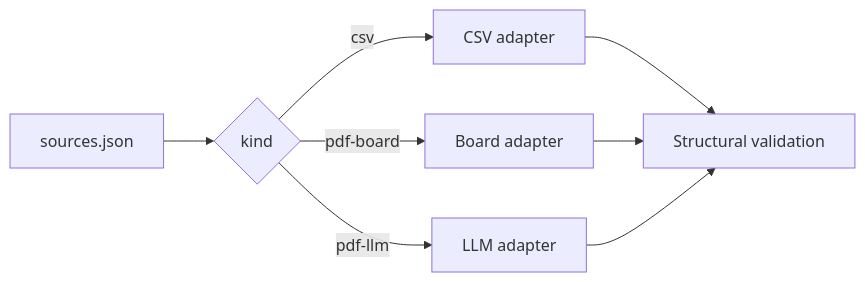
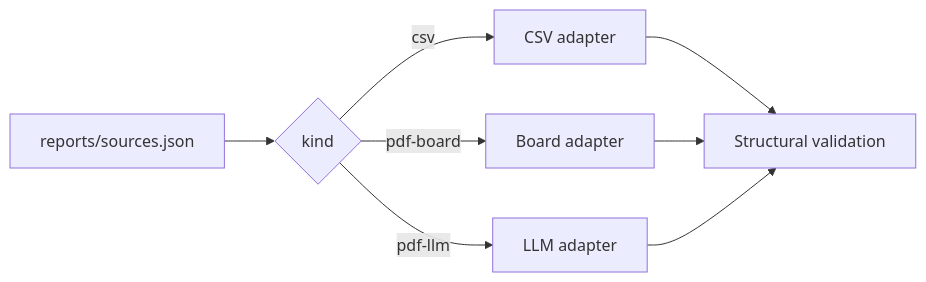
The first of 4 diagrams in wiki/Architecture.md (marcosconci1/question-bank), drawn with Mermaid before and after one commit. The commit also changed other lines of this file and 35 other files, not shown here.

````diff
--- a/wiki/Architecture.md
+++ b/wiki/Architecture.md
@@ -14,11 +14,11 @@
 ```mermaid
 graph LR
-  M[sources.json] --> K{kind}
+  M["reports/sources.json"] --> K{kind}
   K -->|csv| C[CSV adapter]
   K -->|pdf-board| B[Board adapter]
   K -->|pdf-llm| L[LLM adapter]
   C --> V
   B --> V
   L --> V
   V[Structural validation]
 ```
````
